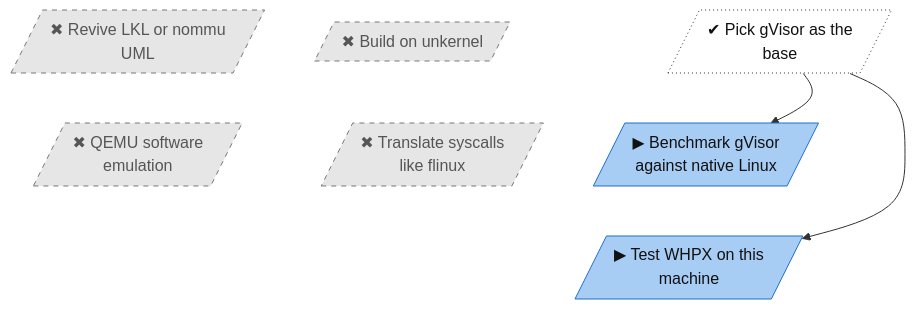
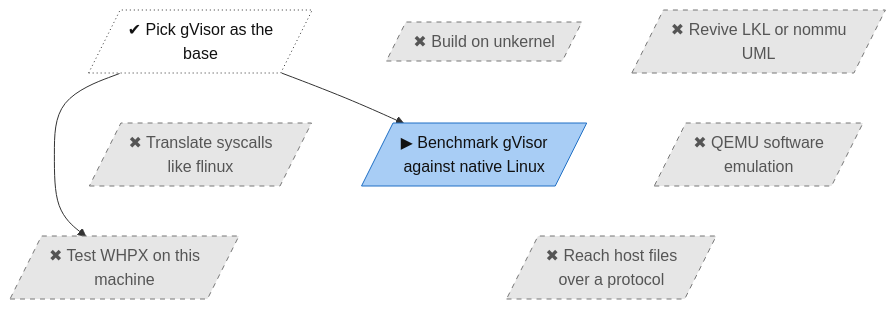
One commit to lhns/gvisor-windows changed the diagram in docs/roadmap/tracks/research.md. Above: the diagram before and after it, drawn with Mermaid. The commit also changed other lines of this file and 13 other files, not shown here.

````diff
--- a/docs/roadmap/tracks/research.md
+++ b/docs/roadmap/tracks/research.md
@@ -10,35 +10,36 @@
 ```mermaid
 flowchart TB
     research_gvisor_base[/"✔ Pick gVisor as the<br/>base"/]
     research_lkl_nommu[/"✖ Revive LKL or nommu<br/>UML"/]
     research_unkernel[/"✖ Build on unkernel"/]
     research_flinux_translation[/"✖ Translate syscalls<br/>like flinux"/]
     research_qemu_emulation[/"✖ QEMU software<br/>emulation"/]
     research_gvisor_benchmark[/"▶ Benchmark gVisor<br/>against native Linux"/]
-    research_whpx_this_machine[/"▶ Test WHPX on this<br/>machine"/]
+    research_whpx_this_machine[/"✖ Test WHPX on this<br/>machine"/]
+    research_file_protocol[/"✖ Reach host files<br/>over a protocol"/]
     research_gvisor_base ~~~ research_flinux_translation
     research_lkl_nommu ~~~ research_qemu_emulation
     research_unkernel ~~~ research_gvisor_benchmark
     research_flinux_translation ~~~ research_whpx_this_machine
-    research_qemu_emulation ~~~ research_whpx_this_machine
-    research_gvisor_benchmark ~~~ research_whpx_this_machine
+    research_qemu_emulation ~~~ research_file_protocol
+    research_gvisor_benchmark ~~~ research_file_protocol
     research_gvisor_base --> research_gvisor_benchmark
     research_gvisor_base --> research_whpx_this_machine
     classDef vsucc fill:#2e9e4f,stroke:#1b6b34,color:#fff
     classDef succ fill:#bfe8c8,stroke:#2e9e4f,color:#111
     classDef mixed fill:#ffd37a,stroke:#c98a00,color:#111
     classDef bad fill:#f28b82,stroke:#b3261e,color:#111
     classDef dead fill:#e6e6e6,stroke:#777,stroke-dasharray:5 5,color:#555
     classDef inprog fill:#a8cdf5,stroke:#1f6fc5,color:#111
     classDef next fill:#fff,stroke:#333,color:#111
     classDef blocked fill:#fff,stroke:#b3261e,stroke-dasharray:2 2,color:#111
     classDef parked fill:#f3f3f3,stroke:#999,color:#555
     classDef unrated fill:#fff,stroke:#333,stroke-dasharray:1 3,color:#111
     classDef gate fill:#d9c2f0,stroke:#7b3fb5,color:#111
     classDef decided fill:#ece0f7,stroke:#7b3fb5,stroke-dasharray:2 2,color:#111
     classDef finding fill:#ffe0b2,stroke:#d84315,stroke-width:2px,color:#111
     classDef waiting fill:#e3f2fd,stroke:#1f6fc5,stroke-dasharray:5 5,color:#111
     class research_gvisor_base unrated
-    class research_lkl_nommu,research_unkernel,research_flinux_translation,research_qemu_emulation dead
-    class research_gvisor_benchmark,research_whpx_this_machine inprog
+    class research_lkl_nommu,research_unkernel,research_flinux_translation,research_qemu_emulation,research_whpx_this_machine,research_file_protocol dead
+    class research_gvisor_benchmark inprog
 ```
````
